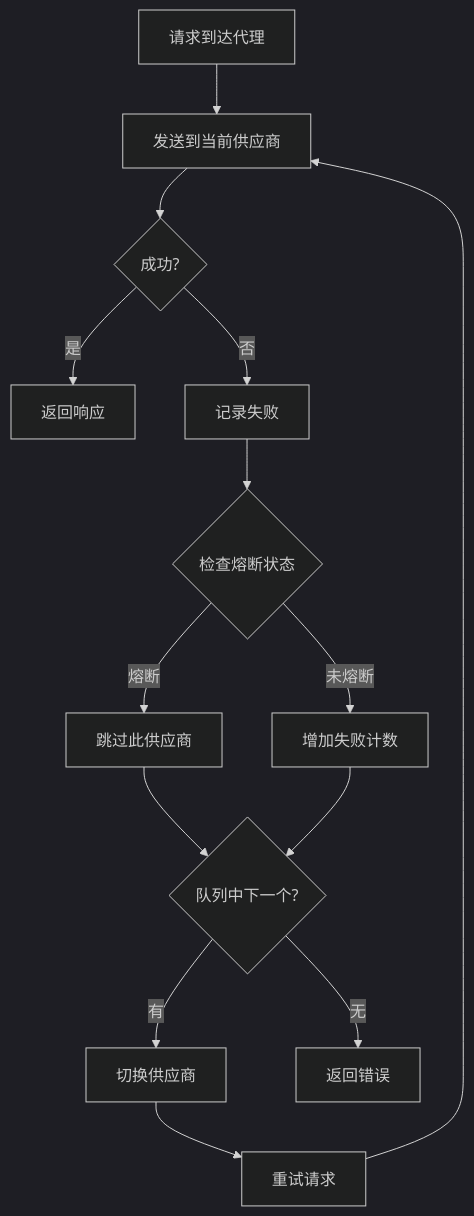
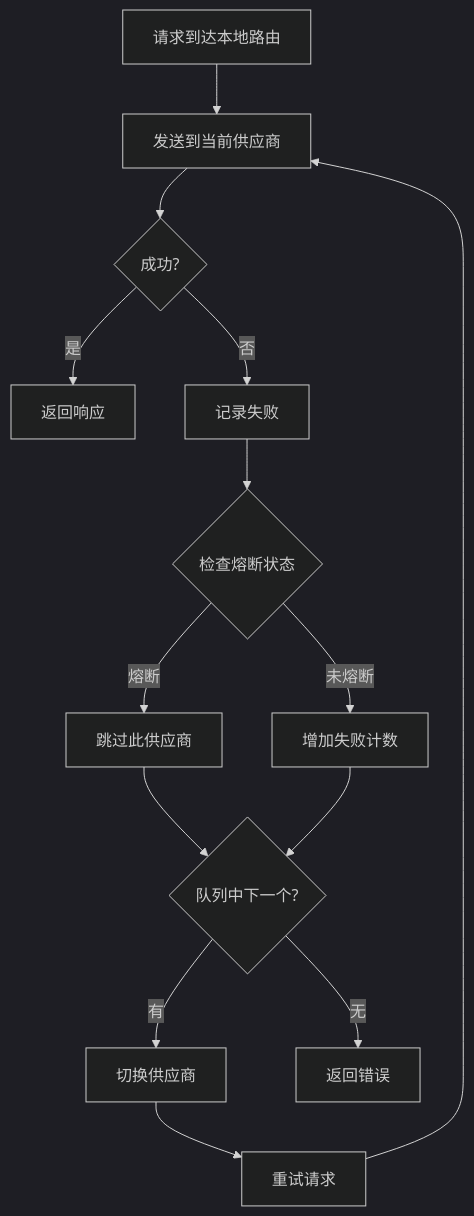
The first of 2 diagrams in docs/user-manual/zh/4-proxy/4.3-failover.md (xue-ding-e/CC-Switch-Next), drawn with Mermaid (dark theme) before and after one commit. The commit also changed other lines of this file and 68 other files, not shown here.

````diff
--- a/docs/user-manual/zh/4-proxy/4.3-failover.md
+++ b/docs/user-manual/zh/4-proxy/4.3-failover.md
@@ -84,16 +87,16 @@
 ```mermaid
 graph TD
-    Start[请求到达代理] --> Send[发送到当前供应商]
+    Start[请求到达本地路由] --> Send[发送到当前供应商]
     Send --> CheckSuccess{成功?}
     CheckSuccess -- 是 --> Return[返回响应]
     CheckSuccess -- 否 --> LogFail[记录失败]
     LogFail --> CheckCircuit{检查熔断状态}
     CheckCircuit -- 熔断 --> Skip[跳过此供应商]
     CheckCircuit -- 未熔断 --> IncFail[增加失败计数]
     Skip --> Next{队列中下一个?}
     IncFail --> Next
     Next -- 有 --> Switch[切换供应商]
     Switch --> Retry[重试请求]
     Retry --> Send
     Next -- 无 --> Error[返回错误]
 ```
````
